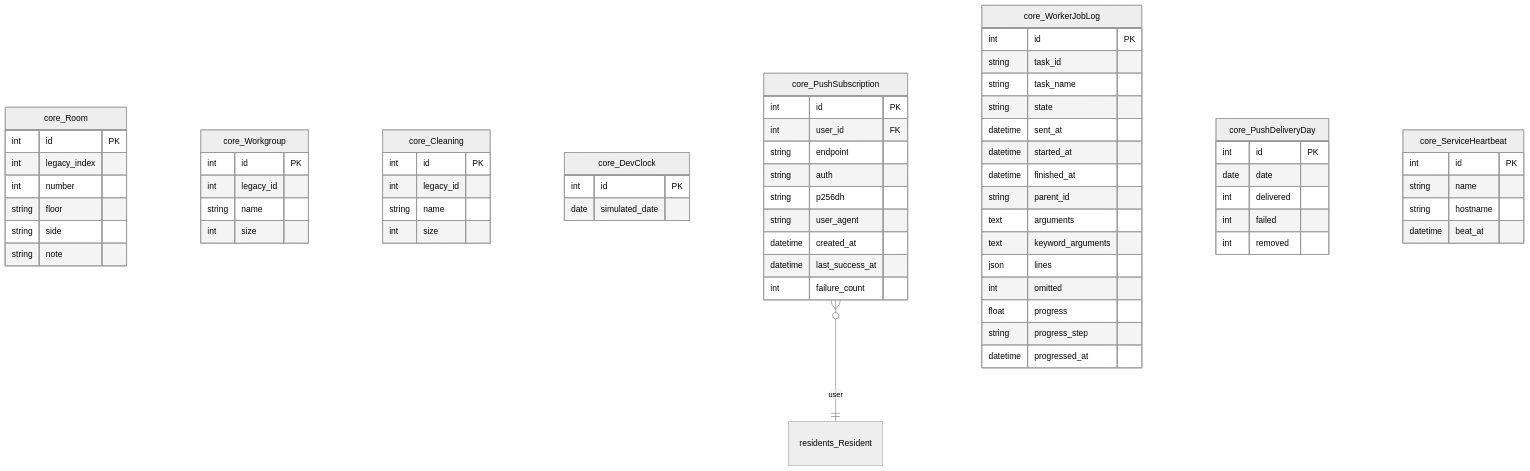
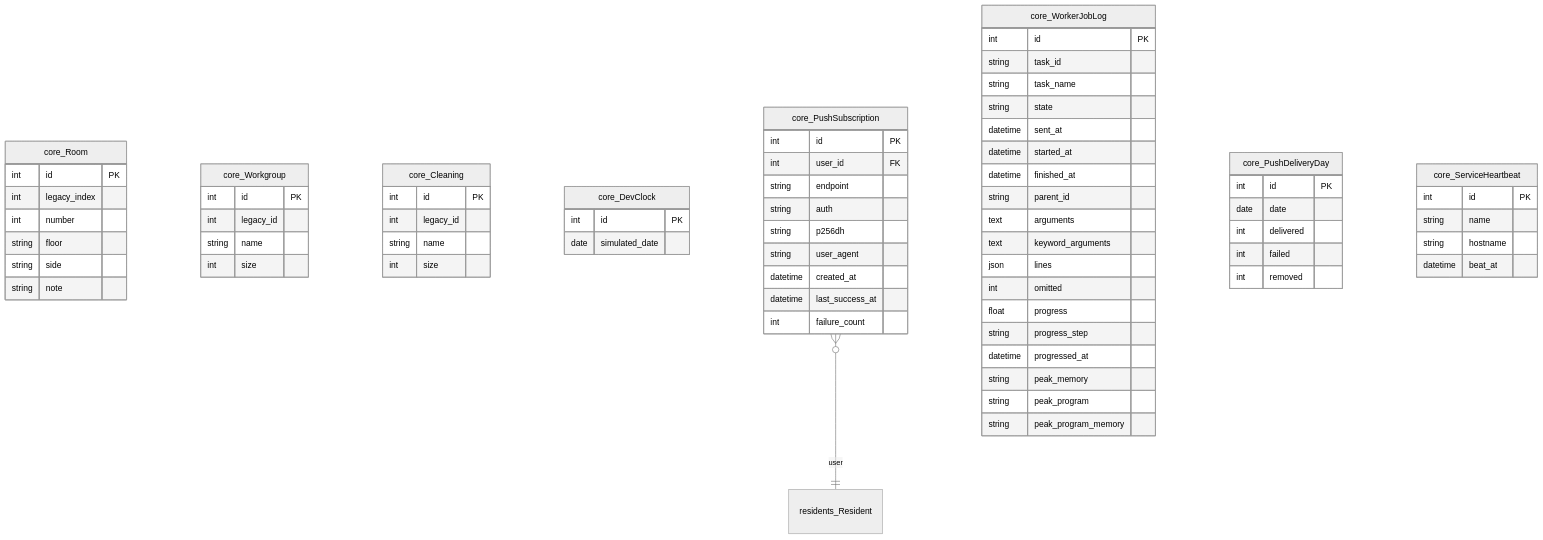
Before and after one commit to GAHK-org/gahk_intern: the sixth of 18 diagrams in docs/erd.md, drawn with Mermaid (neutral theme). The commit also changed other lines of this file and 9 other files, not shown here.

First line of the commit message:
Worker jobs: record each job's peak memory, its own and its largest program's

````diff
--- a/docs/erd.md
+++ b/docs/erd.md
@@ -1231,79 +1234,82 @@
 ```mermaid
 erDiagram
     core_Room {
         int id PK
         int legacy_index
         int number
         string floor
         string side
         string note
     }
 
     core_Workgroup {
         int id PK
         int legacy_id
         string name
         int size
     }
 
     core_Cleaning {
         int id PK
         int legacy_id
         string name
         int size
     }
 
     core_DevClock {
         int id PK
         date simulated_date
     }
 
     core_PushSubscription {
         int id PK
         int user_id FK
         string endpoint
         string auth
         string p256dh
         string user_agent
         datetime created_at
         datetime last_success_at
         int failure_count
     }
 
     core_WorkerJobLog {
         int id PK
         string task_id
         string task_name
         string state
         datetime sent_at
         datetime started_at
         datetime finished_at
         string parent_id
         text arguments
         text keyword_arguments
         json lines
         int omitted
         float progress
         string progress_step
         datetime progressed_at
+        string peak_memory
+        string peak_program
+        string peak_program_memory
     }
 
     core_PushDeliveryDay {
         int id PK
         date date
         int delivered
         int failed
         int removed
     }
 
     core_ServiceHeartbeat {
         int id PK
         string name
         string hostname
         datetime beat_at
     }
 
     residents_Resident { }
 
     core_PushSubscription }o--|| residents_Resident : "user"
 ```
````
